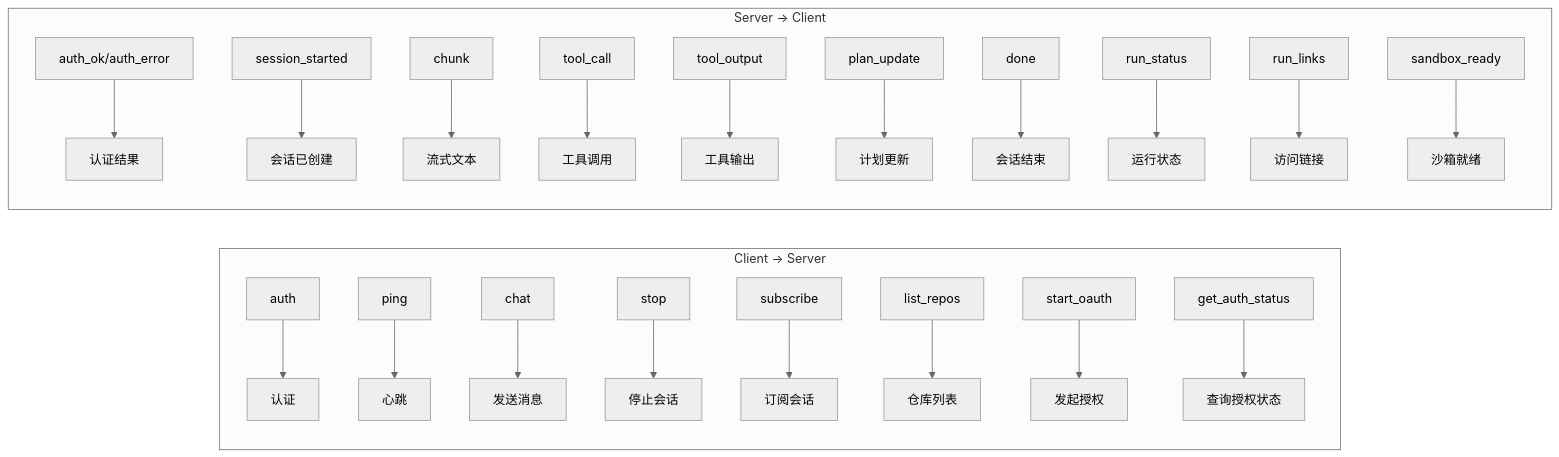
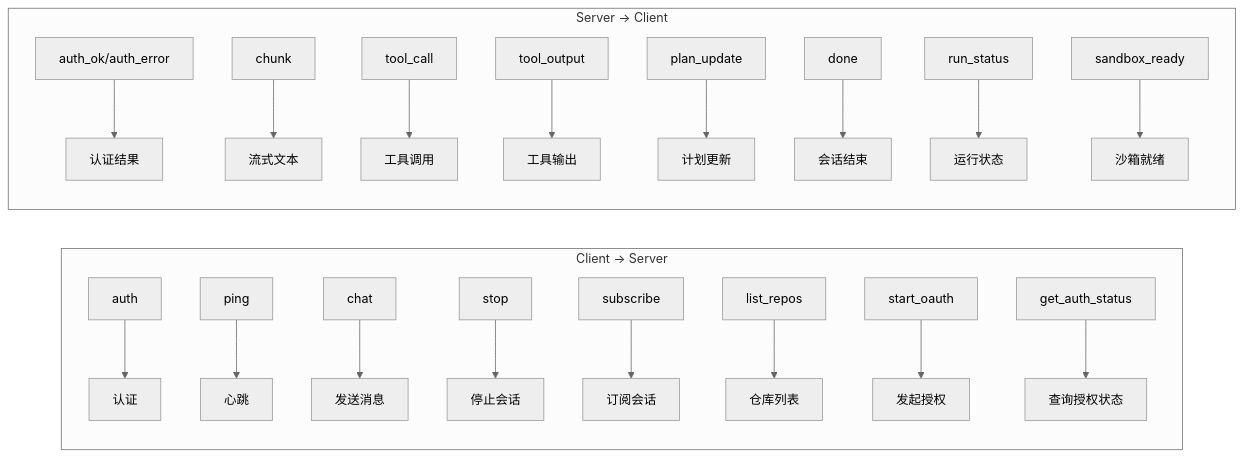
Before and after one commit to fuzzland/tintin: the third of 10 diagrams in docs/websocket-integration-guide.md, drawn with Mermaid (neutral theme). The commit also changed other lines of this file and 2 other files, not shown here.

First line of the commit message:
docs: update architecture diagrams and refactoring plan

````diff
--- a/docs/websocket-integration-guide.md
+++ b/docs/websocket-integration-guide.md
@@ -249,26 +249,24 @@
 ```mermaid
 graph LR
     subgraph ClientToServer["Client → Server"]
         A1[auth] --> A2[认证]
         B1[ping] --> B2[心跳]
         C1[chat] --> C2[发送消息]
         C3[stop] --> C4[停止会话]
         C5[subscribe] --> C6[订阅会话]
         D1[list_repos] --> D2[仓库列表]
         D3[start_oauth] --> D4[发起授权]
         D5[get_auth_status] --> D6[查询授权状态]
     end
 
     subgraph ServerToClient["Server → Client"]
         E1[auth_ok/auth_error] --> E2[认证结果]
-        F1[session_started] --> F2[会话已创建]
         F3[chunk] --> F4[流式文本]
         F5[tool_call] --> F6[工具调用]
         F7[tool_output] --> F8[工具输出]
         F9[plan_update] --> F10[计划更新]
         F11[done] --> F12[会话结束]
         G1[run_status] --> G2[运行状态]
-        G3[run_links] --> G4[访问链接]
         G5[sandbox_ready] --> G6[沙箱就绪]
     end
 ```
````
